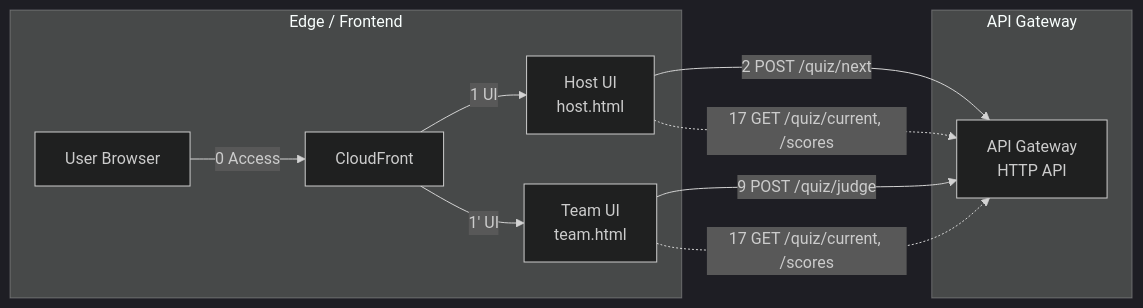
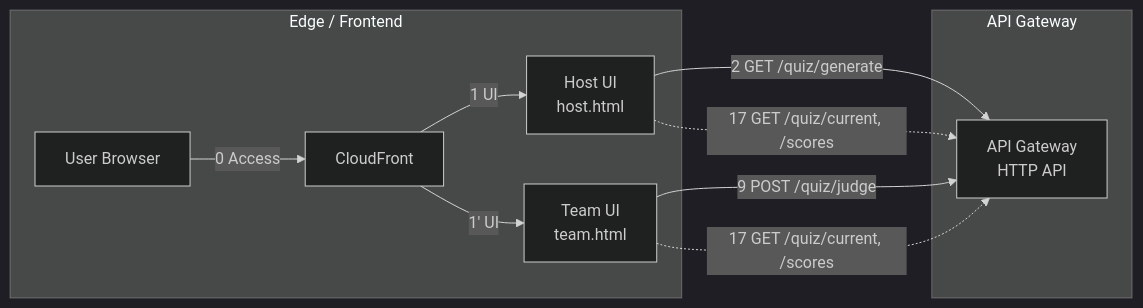
Before and after one commit to hatanoyoshihiko/aws_knowledge_quiz: the first of 6 diagrams in README.md, drawn with Mermaid (dark theme). The commit also changed other lines of this file and 1 other file, not shown here.

````diff
--- a/README.md
+++ b/README.md
@@ -300,17 +300,17 @@
 ```mermaid
 flowchart LR
   subgraph Edge["Edge / Frontend"]
     User[User Browser] -->|0 Access| CF[CloudFront]
     CF -->|1 UI| FEH[Host UI<br/>host.html]
     CF -->|1' UI| FET[Team UI<br/>team.html]
   end
 
   subgraph API["API Gateway"]
     GW[API Gateway<br/>HTTP API]
   end
 
-  FEH -->|2 POST /quiz/next| GW
+  FEH -->|2 GET /quiz/generate| GW
   FET -->|9 POST /quiz/judge| GW
   FEH -.->|17 GET /quiz/current, /scores| GW
   FET -.->|17 GET /quiz/current, /scores| GW
 ```
````
